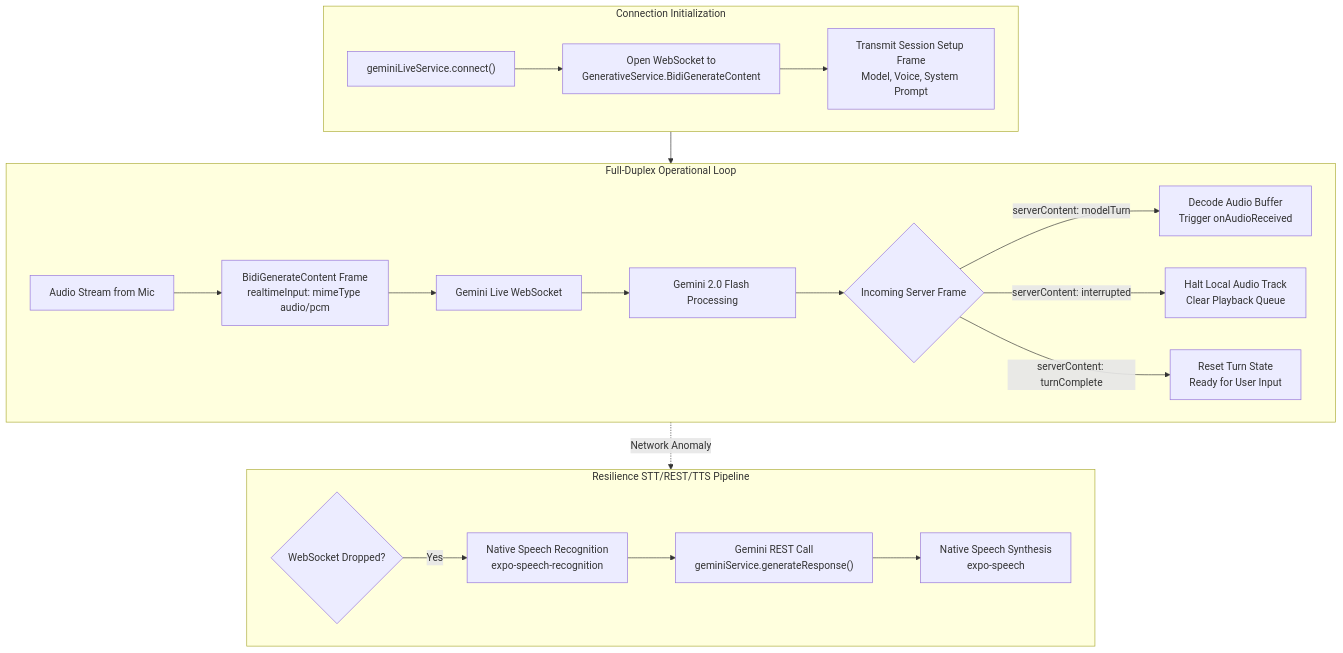
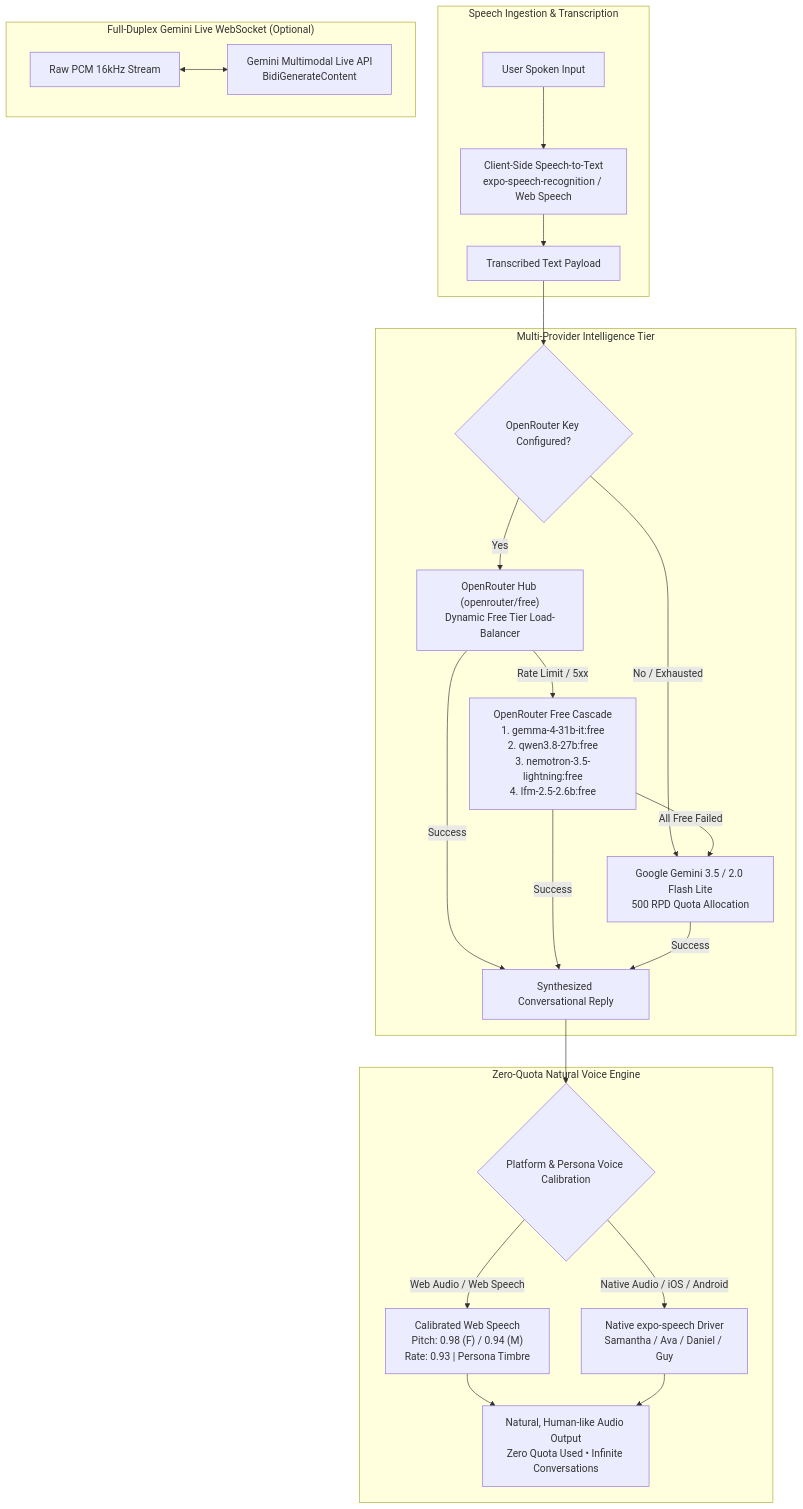
The third of 10 diagrams in README.md (SrishantKumar/HavenlyAI), drawn with Mermaid before and after one commit. The commit also changed other lines of this file and 1 other file, not shown here.

Commit message:
docs(readme): update architecture docs and remove hardcoded API key fragment

````diff
--- a/README.md
+++ b/README.md
@@ -174,27 +182,34 @@
 ```mermaid
 flowchart TD
-    subgraph ConnectPhase ["Connection Initialization"]
-        Init["geminiLiveService.connect()"] --> WSOpen["Open WebSocket to\nGenerativeService.BidiGenerateContent"]
-        WSOpen --> Handshake["Transmit Session Setup Frame\nModel, Voice, System Prompt"]
+    subgraph Ingestion ["Speech Ingestion & Transcription"]
+        UserVoice["User Spoken Input"] --> STT["Client-Side Speech-to-Text\nexpo-speech-recognition / Web Speech"]
+        STT --> Transcript["Transcribed Text Payload"]
     end
 
-    subgraph StreamPhase ["Full-Duplex Operational Loop"]
-        UserVoice["Audio Stream from Mic"] --> AudioFrame["BidiGenerateContent Frame\nrealtimeInput: mimeType audio/pcm"]
-        AudioFrame --> LiveWS["Gemini Live WebSocket"]
-        LiveWS --> ModelProc["Gemini 2.0 Flash Processing"]
-        ModelProc --> ServerEvent{"Incoming Server Frame"}
+    subgraph MultiProviderHub ["Multi-Provider Intelligence Tier"]
+        Transcript --> RouteCheck{"OpenRouter Key Configured?"}
         
-        ServerEvent -->|serverContent: modelTurn| RecvAudio["Decode Audio Buffer\nTrigger onAudioReceived"]
-        ServerEvent -->|serverContent: interrupted| ServerInterrupt["Halt Local Audio Track\nClear Playback Queue"]
-        ServerEvent -->|serverContent: turnComplete| TurnEnd["Reset Turn State\nReady for User Input"]
+        RouteCheck -->|Yes| ORPrimary["OpenRouter Hub (openrouter/free)\nDynamic Free Tier Load-Balancer"]
+        RouteCheck -->|No / Exhausted| GemBackup["Google Gemini 3.5 / 2.0 Flash Lite\n500 RPD Quota Allocation"]
+        
+        ORPrimary -->|Rate Limit / 5xx| ORCascade["OpenRouter Free Cascade\n1. gemma-4-31b-it:free\n2. qwen3.8-27b:free\n3. nemotron-3.5-lightning:free\n4. lfm-2.5-2.6b:free"]
+        ORCascade -->|All Free Failed| GemBackup
+        
+        ORPrimary -->|Success| ResponseText["Synthesized Conversational Reply"]
+        ORCascade -->|Success| ResponseText
+        GemBackup -->|Success| ResponseText
     end
 
-    subgraph FallbackPipeline ["Resilience STT/REST/TTS Pipeline"]
-        WSFail{"WebSocket Dropped?"} -->|Yes| STT["Native Speech Recognition\nexpo-speech-recognition"]
-        STT --> REST["Gemini REST Call\ngeminiService.generateResponse()"]
-        REST --> TTS["Native Speech Synthesis\nexpo-speech"]
+    subgraph VoicePipeline ["Zero-Quota Natural Voice Engine"]
+        ResponseText --> VoiceMapper{"Platform & Persona Voice Calibration"}
+        VoiceMapper -->|Web Audio / Web Speech| HumanWebTTS["Calibrated Web Speech\nPitch: 0.98 (F) / 0.94 (M)\nRate: 0.93 | Persona Timbre"]
+        VoiceMapper -->|Native Audio / iOS / Android| HumanNativeTTS["Native expo-speech Driver\nSamantha / Ava / Daniel / Guy"]
+        
+        HumanWebTTS --> AudioOut["Natural, Human-like Audio Output\nZero Quota Used • Infinite Conversations"]
+        HumanNativeTTS --> AudioOut
     end
 
-    ConnectPhase --> StreamPhase
-    StreamPhase -.->|Network Anomaly| FallbackPipeline
+    subgraph LiveWSStream ["Full-Duplex Gemini Live WebSocket (Optional)"]
+        RawPCM["Raw PCM 16kHz Stream"] <--> LiveWS["Gemini Multimodal Live API\nBidiGenerateContent"]
+    end
 ```
````
